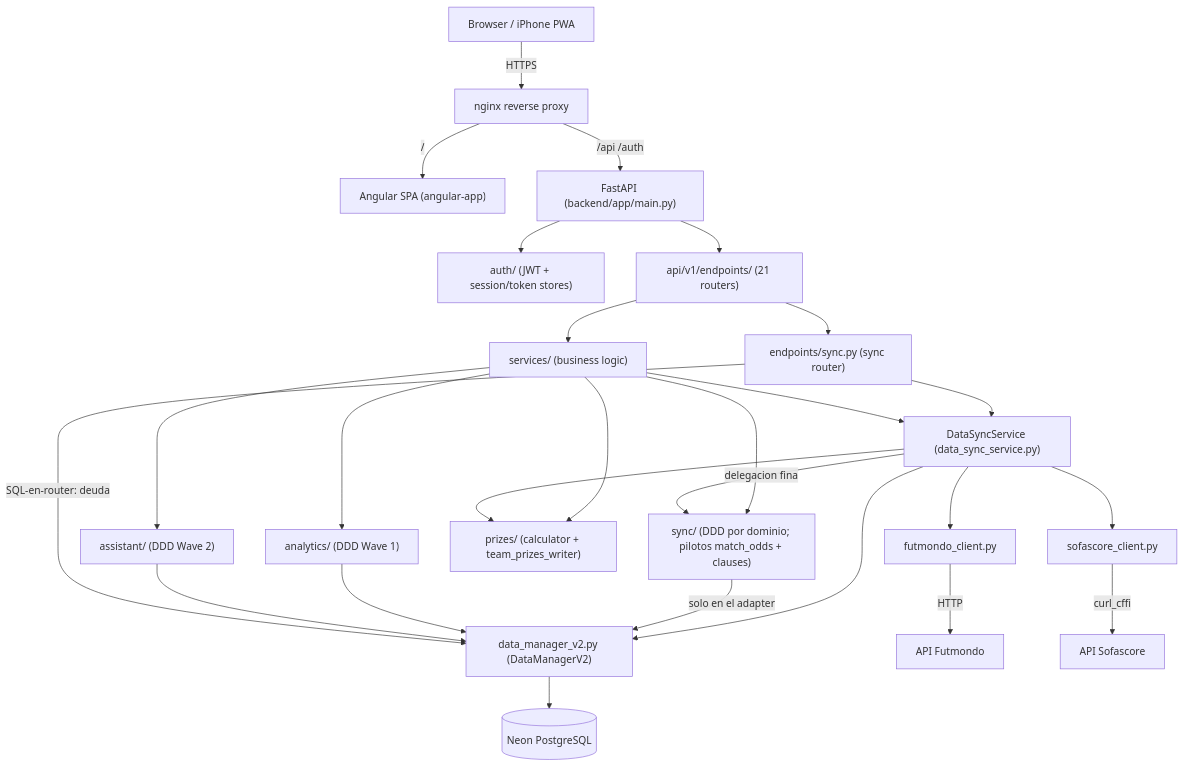
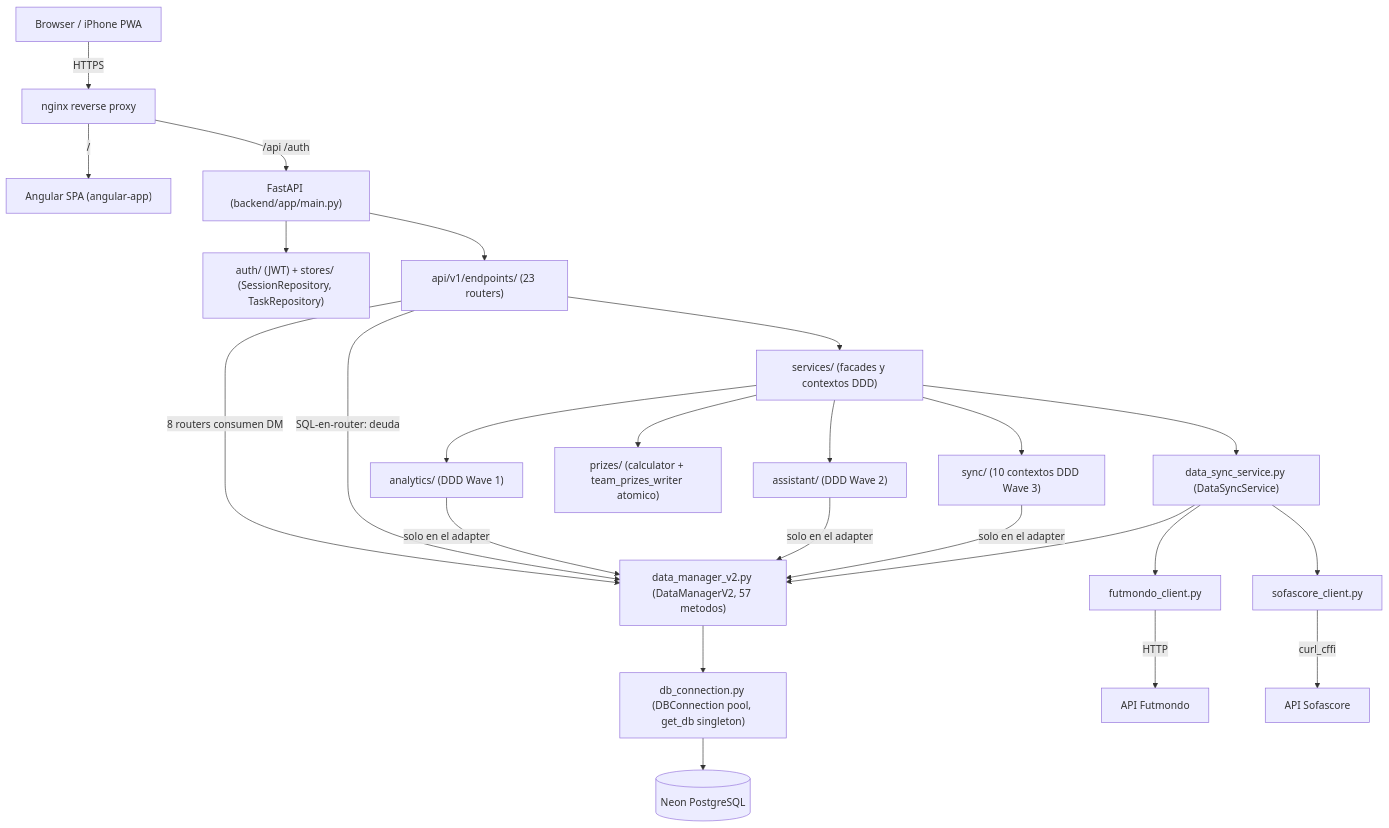
One commit to Mutinho/futmondo-analytics changed the first of 4 diagrams in aidlc/spaces/default/codekb/futmondo-analytics/architecture.md. Above: the diagram before and after it, drawn with Mermaid. The commit also changed other lines of this file and 50 other files, not shown here.

First line of the commit message:
chore(aidlc): registro del intent 261005 data-manager-god-file

````diff
--- a/aidlc/spaces/default/codekb/futmondo-analytics/architecture.md
+++ b/aidlc/spaces/default/codekb/futmondo-analytics/architecture.md
@@ -35,32 +66,31 @@
 ```mermaid
 graph TD
   Browser["Browser / iPhone PWA"] -->|HTTPS| Nginx["nginx reverse proxy"]
   Nginx -->|/| NG["Angular SPA (angular-app)"]
   Nginx -->|/api /auth| API["FastAPI (backend/app/main.py)"]
 
-  API --> Auth["auth/ (JWT + session/token stores)"]
-  API --> Routers["api/v1/endpoints/ (21 routers)"]
+  API --> Auth["auth/ (JWT) + stores/ (SessionRepository, TaskRepository)"]
+  API --> Routers["api/v1/endpoints/ (23 routers)"]
 
-  Routers --> SyncRouter["endpoints/sync.py (sync router)"]
-  Routers --> Services["services/ (business logic)"]
-  SyncRouter --> DSS["DataSyncService (data_sync_service.py)"]
-  Services --> DSS
-  Services --> SyncPkg["sync/ (DDD por dominio; pilotos match_odds + clauses)"]
+  Routers -->|8 routers consumen DM| DM["data_manager_v2.py (DataManagerV2, 57 metodos)"]
+  Routers --> Services["services/ (facades y contextos DDD)"]
+  Routers -->|SQL-en-router: deuda| DM
+
   Services --> Analytics["analytics/ (DDD Wave 1)"]
   Services --> Assistant["assistant/ (DDD Wave 2)"]
-  Services --> Prizes["prizes/ (calculator + team_prizes_writer)"]
+  Services --> SyncPkg["sync/ (10 contextos DDD Wave 3)"]
+  Services --> Prizes["prizes/ (calculator + team_prizes_writer atomico)"]
+  Services --> DSS["data_sync_service.py (DataSyncService)"]
 
+  Analytics -->|solo en el adapter| DM
+  Assistant -->|solo en el adapter| DM
+  SyncPkg -->|solo en el adapter| DM
+  DSS --> DM
   DSS --> FClient["futmondo_client.py"]
   DSS --> SClient["sofascore_client.py"]
-  DSS --> Prizes
-  DSS -->|delegacion fina| SyncPkg
-  DSS --> DM["data_manager_v2.py (DataManagerV2)"]
-  SyncPkg -->|solo en el adapter| DM
-  Analytics --> DM
-  Assistant --> DM
-  SyncRouter -->|SQL-en-router: deuda| DM
 
-  DM --> Neon[("Neon PostgreSQL")]
+  DM --> DBConn["db_connection.py (DBConnection pool, get_db singleton)"]
+  DBConn --> Neon[("Neon PostgreSQL")]
   FClient -->|HTTP| Futmondo["API Futmondo"]
   SClient -->|curl_cffi| Sofascore["API Sofascore"]
 ```
````
